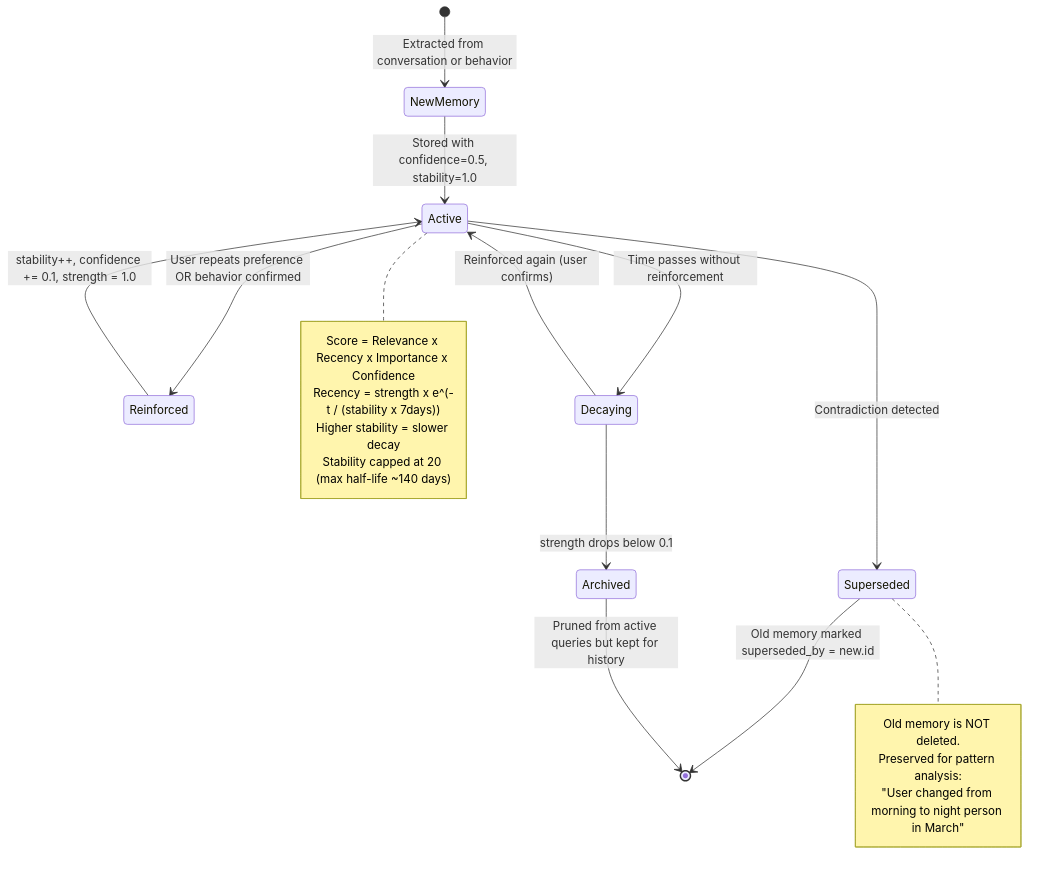
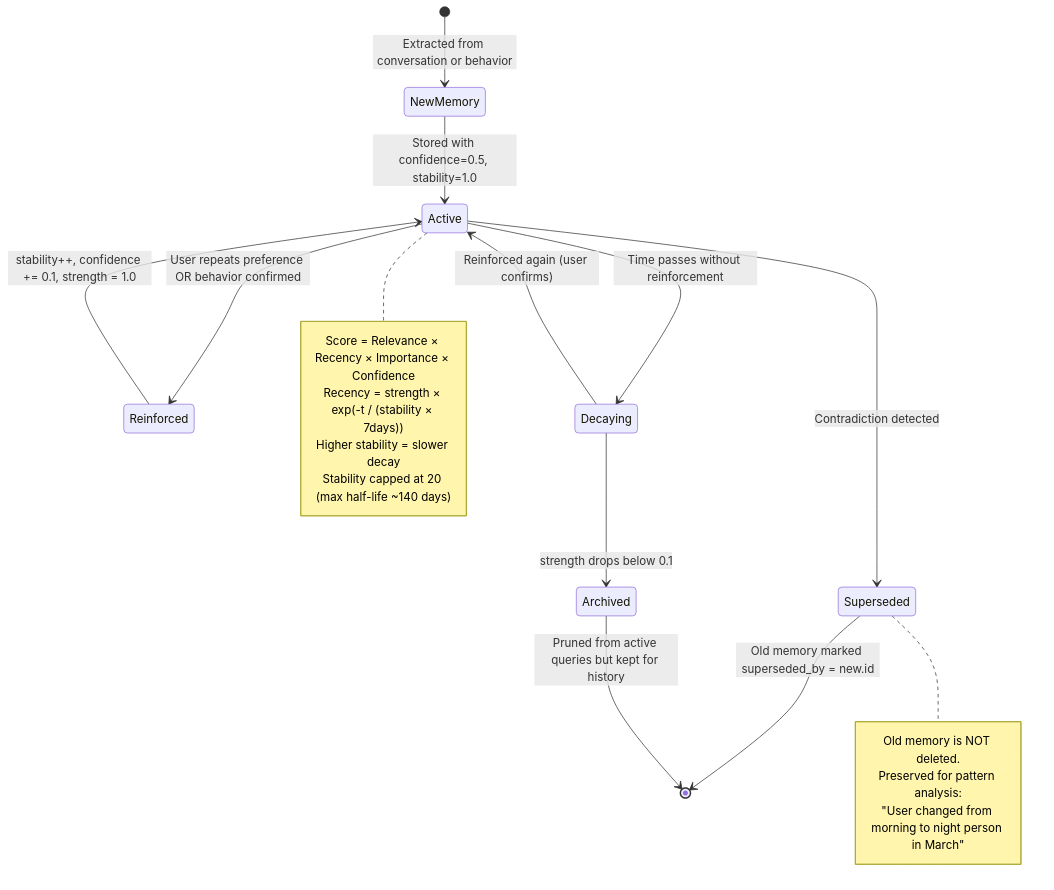
One commit to HackHeroic/Jarvis-Engine changed the second of 10 diagrams in docs/PITCH_ARCHITECTURE.md. Above: the diagram before and after it, drawn with Mermaid. The commit also changed other lines of this file and 16 other files, not shown here.

````diff
--- a/docs/PITCH_ARCHITECTURE.md
+++ b/docs/PITCH_ARCHITECTURE.md
@@ -70,31 +70,31 @@
 ```mermaid
 stateDiagram-v2
     [*] --> NewMemory: Extracted from conversation or behavior
 
     NewMemory --> Active: Stored with confidence=0.5, stability=1.0
 
     Active --> Reinforced: User repeats preference OR behavior confirmed
     Reinforced --> Active: stability++, confidence += 0.1, strength = 1.0
 
     Active --> Decaying: Time passes without reinforcement
     Decaying --> Active: Reinforced again (user confirms)
     Decaying --> Archived: strength drops below 0.1
 
     Active --> Superseded: Contradiction detected
     Superseded --> [*]: Old memory marked superseded_by = new.id
 
     Archived --> [*]: Pruned from active queries but kept for history
 
     note right of Active
-        Score = Relevance x Recency x Importance x Confidence
-        Recency = strength x e^(-t / (stability x 7days))
+        Score = Relevance × Recency × Importance × Confidence
+        Recency = strength × exp(-t / (stability × 7days))
         Higher stability = slower decay
         Stability capped at 20 (max half-life ~140 days)
     end note
 
     note right of Superseded
         Old memory is NOT deleted.
         Preserved for pattern analysis:
         "User changed from morning to night person in March"
     end note
 ```
````
